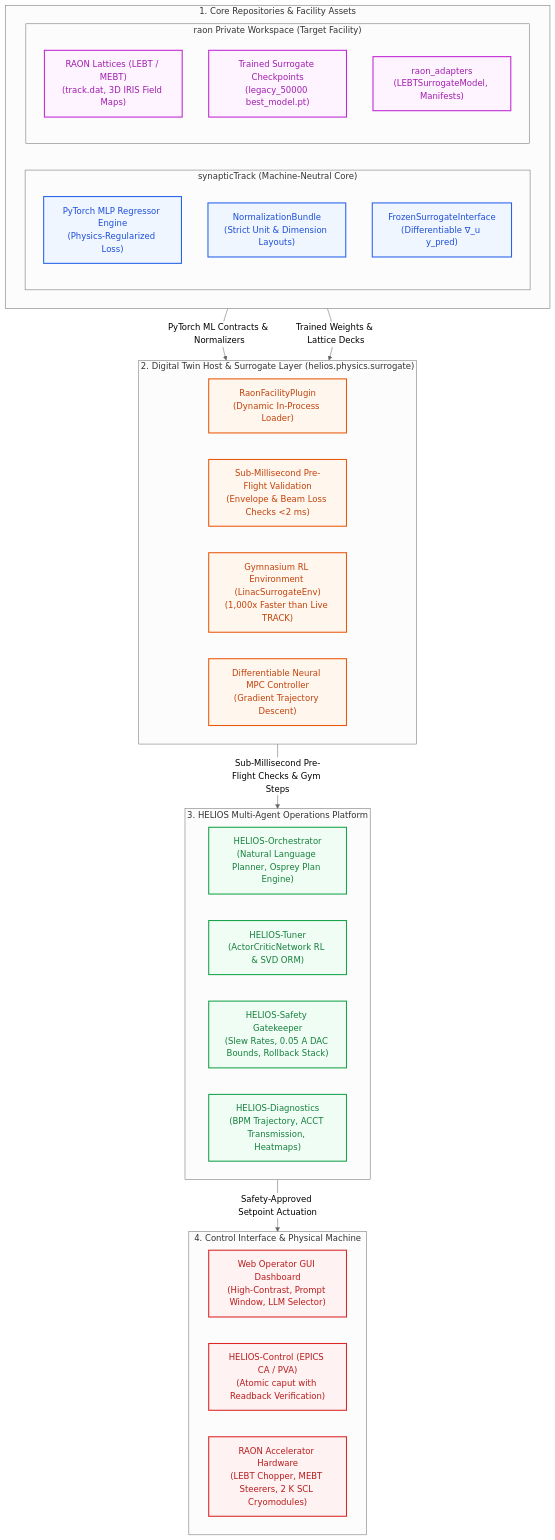
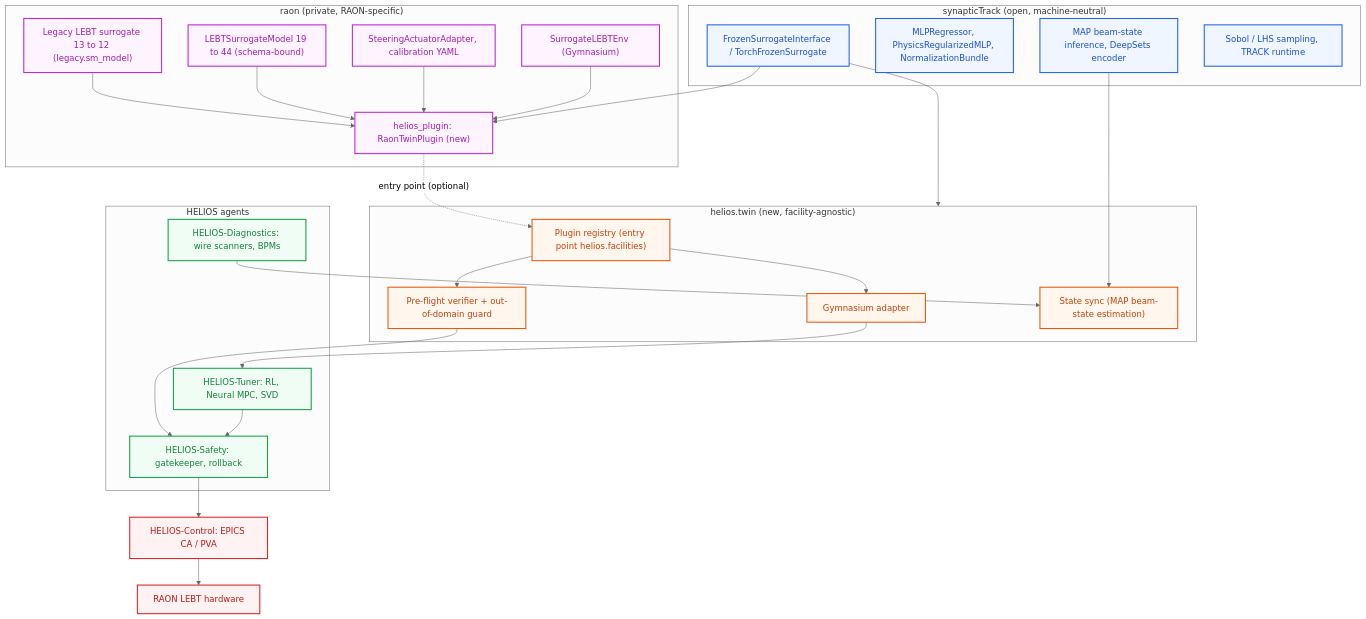
The first of 3 diagrams in docs/integration_synaptictrack_raon.md (cspark7701/helios), drawn with Mermaid (neutral theme) before and after one commit. The commit also changed other lines of this file and 4 other files, not shown here.

First line of the commit message:
docs: re-study synapticTrack and raon and revise HELIOS integration plan

````diff
--- a/docs/integration_synaptictrack_raon.md
+++ b/docs/integration_synaptictrack_raon.md
@@ -11,48 +42,56 @@
 ```mermaid
 flowchart TD
     classDef stStyle fill:#eff6ff,stroke:#2563eb,stroke-width:2px,color:#1d4ed8;
     classDef raonStyle fill:#fdf4ff,stroke:#c026d3,stroke-width:2px,color:#a21caf;
     classDef twinStyle fill:#fff7ed,stroke:#ea580c,stroke-width:2px,color:#c2410c;
     classDef heliosStyle fill:#f0fdf4,stroke:#16a34a,stroke-width:2px,color:#15803d;
     classDef opsStyle fill:#fef2f2,stroke:#dc2626,stroke-width:2px,color:#b91c1c;
 
-    subgraph Sources["1. Core Repositories & Facility Assets"]
-        direction LR
-        subgraph SynapticTrack["synapticTrack (Machine-Neutral Core)"]
-            ST_ML["PyTorch MLP Regressor Engine\n(Physics-Regularized Loss)"]:::stStyle
-            ST_Norm["NormalizationBundle\n(Strict Unit & Dimension Layouts)"]:::stStyle
-            ST_Surr["FrozenSurrogateInterface\n(Differentiable ∇_u y_pred)"]:::stStyle
-        end
-
-        subgraph RAON["raon Private Workspace (Target Facility)"]
-            R_Lattice["RAON Lattices (LEBT / MEBT)\n(track.dat, 3D IRIS Field Maps)"]:::raonStyle
-            R_Models["Trained Surrogate Checkpoints\n(legacy_50000 best_model.pt)"]:::raonStyle
-            R_Adapters["raon_adapters\n(LEBTSurrogateModel, Manifests)"]:::raonStyle
-        end
+    subgraph ST["synapticTrack (open, machine-neutral)"]
+        ST_IF["FrozenSurrogateInterface / TorchFrozenSurrogate"]:::stStyle
+        ST_ML["MLPRegressor, PhysicsRegularizedMLP, NormalizationBundle"]:::stStyle
+        ST_INF["MAP beam-state inference, DeepSets encoder"]:::stStyle
+        ST_GEN["Sobol / LHS sampling, TRACK runtime"]:::stStyle
     end
 
-    subgraph TwinLayer["2. Digital Twin Host & Surrogate Layer (helios.physics.surrogate)"]
-        Twin_Plugin["RaonFacilityPlugin\n(Dynamic In-Process Loader)"]:::twinStyle
-        Twin_Preflight["Sub-Millisecond Pre-Flight Validation\n(Envelope & Beam Loss Checks <2 ms)"]:::twinStyle
-        Twin_Gym["Gymnasium RL Environment (LinacSurrogateEnv)\n(1,000x Faster than Live TRACK)"]:::twinStyle
-        Twin_MPC["Differentiable Neural MPC Controller\n(Gradient Trajectory Descent)"]:::twinStyle
+    subgraph RAON["raon (private, RAON-specific)"]
+        R_LEG["Legacy LEBT surrogate 13 to 12 (legacy.sm_model)"]:::raonStyle
+        R_SCH["LEBTSurrogateModel 19 to 44 (schema-bound)"]:::raonStyle
+        R_HW["SteeringActuatorAdapter, calibration YAML"]:::raonStyle
+        R_ENV["SurrogateLEBTEnv (Gymnasium)"]:::raonStyle
+        R_PLUG["helios_plugin: RaonTwinPlugin (new)"]:::raonStyle
     end
 
-    subgraph MultiAgent["3. HELIOS Multi-Agent Operations Platform"]
-        H_Orch["HELIOS-Orchestrator\n(Natural Language Planner, Osprey Plan Engine)"]:::heliosStyle
-        H_Tuner["HELIOS-Tuner\n(ActorCriticNetwork RL & SVD ORM)"]:::heliosStyle
-        H_Safety["HELIOS-Safety Gatekeeper\n(Slew Rates, 0.05 A DAC Bounds, Rollback Stack)"]:::heliosStyle
-        H_Diag["HELIOS-Diagnostics\n(BPM Trajectory, ACCT Transmission, Heatmaps)"]:::heliosStyle
+    subgraph TWIN["helios.twin (new, facility-agnostic)"]
+        T_REG["Plugin registry (entry point helios.facilities)"]:::twinStyle
+        T_PF["Pre-flight verifier + out-of-domain guard"]:::twinStyle
+        T_GYM["Gymnasium adapter"]:::twinStyle
+        T_SYNC["State sync (MAP beam-state estimation)"]:::twinStyle
     end
 
-    subgraph ActuationLayer["4. Control Interface & Physical Machine"]
-        H_GUI["Web Operator GUI Dashboard\n(High-Contrast, Prompt Window, LLM Selector)"]:::opsStyle
-        H_Ctrl["HELIOS-Control (EPICS CA / PVA)\n(Atomic caput with Readback Verification)"]:::opsStyle
-        H_HW["RAON Accelerator Hardware\n(LEBT Chopper, MEBT Steerers, 2 K SCL Cryomodules)"]:::opsStyle
+    subgraph AG["HELIOS agents"]
+        A_TUNE["HELIOS-Tuner: RL, Neural MPC, SVD"]:::heliosStyle
+        A_SAFE["HELIOS-Safety: gatekeeper, rollback"]:::heliosStyle
+        A_DIAG["HELIOS-Diagnostics: wire scanners, BPMs"]:::heliosStyle
     end
 
-    SynapticTrack -->|"PyTorch ML Contracts & Normalizers"| TwinLayer
-    RAON -->|"Trained Weights & Lattice Decks"| TwinLayer
-    TwinLayer -->|"Sub-Millisecond Pre-Flight Checks & Gym Steps"| MultiAgent
-    MultiAgent -->|"Safety-Approved Setpoint Actuation"| ActuationLayer
+    CTRL["HELIOS-Control: EPICS CA / PVA"]:::opsStyle
+    HW["RAON LEBT hardware"]:::opsStyle
+
+    R_LEG --> R_PLUG
+    R_SCH --> R_PLUG
+    R_HW --> R_PLUG
+    R_ENV --> R_PLUG
+    ST_IF --> R_PLUG
+    R_PLUG -. "entry point (optional)" .-> T_REG
+    ST_IF --> TWIN
+    ST_INF --> T_SYNC
+    T_REG --> T_PF
+    T_REG --> T_GYM
+    T_PF --> A_SAFE
+    T_GYM --> A_TUNE
+    A_DIAG --> T_SYNC
+    A_TUNE --> A_SAFE
+    A_SAFE --> CTRL
+    CTRL --> HW
 ```
````
